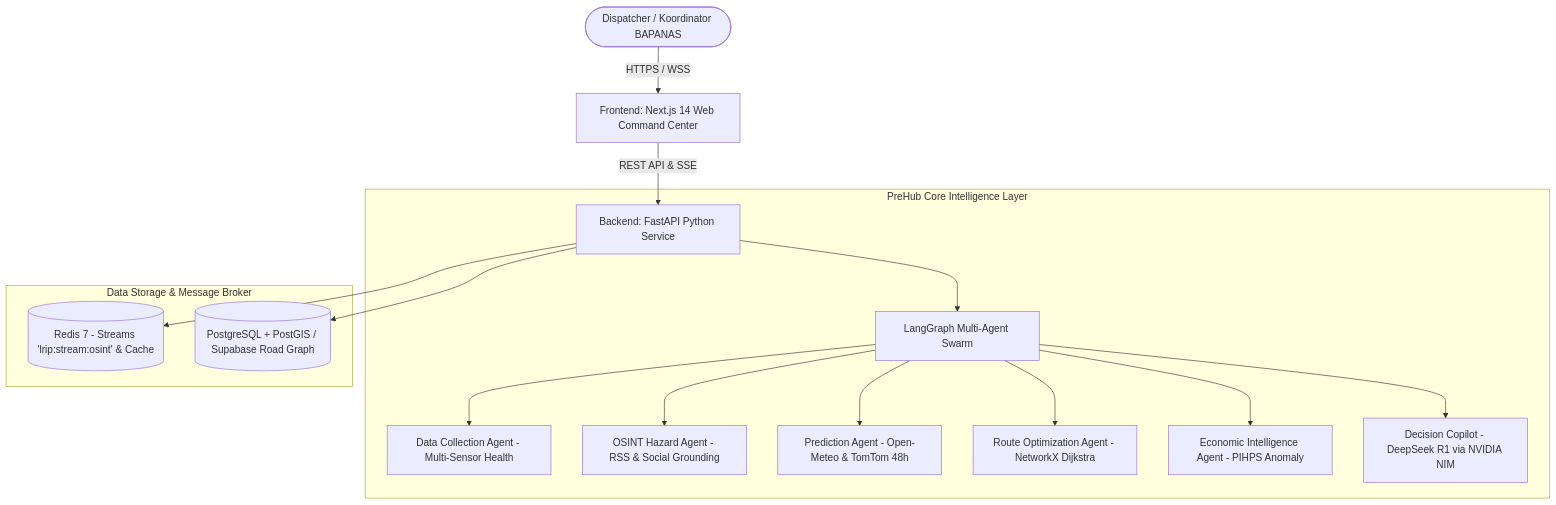
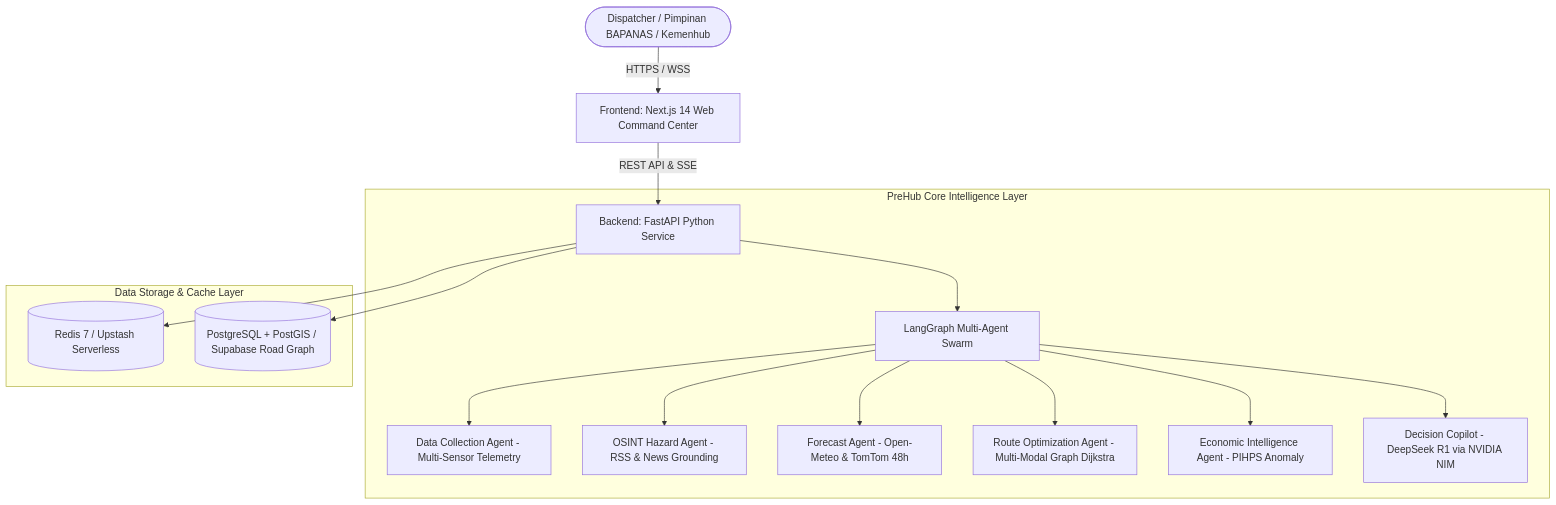
The diagram in docs/Dokumen_Pendukung_PreHub.md (Zhav1/peta-nadi), drawn with Mermaid before and after one commit. The commit also changed other lines of this file and 17 other files, not shown here.

````diff
--- a/docs/Dokumen_Pendukung_PreHub.md
+++ b/docs/Dokumen_Pendukung_PreHub.md
@@ -166,20 +157,20 @@
 ```mermaid
 graph TD
-    User([Dispatcher / Koordinator BAPANAS]) -->|HTTPS / WSS| FE[Frontend: Next.js 14 Web Command Center]
+    User([Dispatcher / Pimpinan BAPANAS / Kemenhub]) -->|HTTPS / WSS| FE[Frontend: Next.js 14 Web Command Center]
     FE -->|REST API & SSE| BE[Backend: FastAPI Python Service]
     
     subgraph "PreHub Core Intelligence Layer"
         BE --> AgentOrch[LangGraph Multi-Agent Swarm]
-        AgentOrch --> WAgent[Data Collection Agent - Multi-Sensor Health]
-        AgentOrch --> TAgent[OSINT Hazard Agent - RSS & Social Grounding]
-        AgentOrch --> IAgent[Prediction Agent - Open-Meteo & TomTom 48h]
-        AgentOrch --> RAgent[Route Optimization Agent - NetworkX Dijkstra]
+        AgentOrch --> WAgent[Data Collection Agent - Multi-Sensor Telemetry]
+        AgentOrch --> TAgent[OSINT Hazard Agent - RSS & News Grounding]
+        AgentOrch --> IAgent[Forecast Agent - Open-Meteo & TomTom 48h]
+        AgentOrch --> RAgent[Route Optimization Agent - Multi-Modal Graph Dijkstra]
         AgentOrch --> LAgent[Economic Intelligence Agent - PIHPS Anomaly]
         AgentOrch --> DAgent[Decision Copilot - DeepSeek R1 via NVIDIA NIM]
     end
 
-    subgraph "Data Storage & Message Broker"
-        BE --> Redis[(Redis 7 - Streams 'lrip:stream:osint' & Cache)]
+    subgraph "Data Storage & Cache Layer"
+        BE --> Redis[(Redis 7 / Upstash Serverless)]
         BE --> PostGIS[(PostgreSQL + PostGIS / Supabase Road Graph)]
     end
 ```
````
